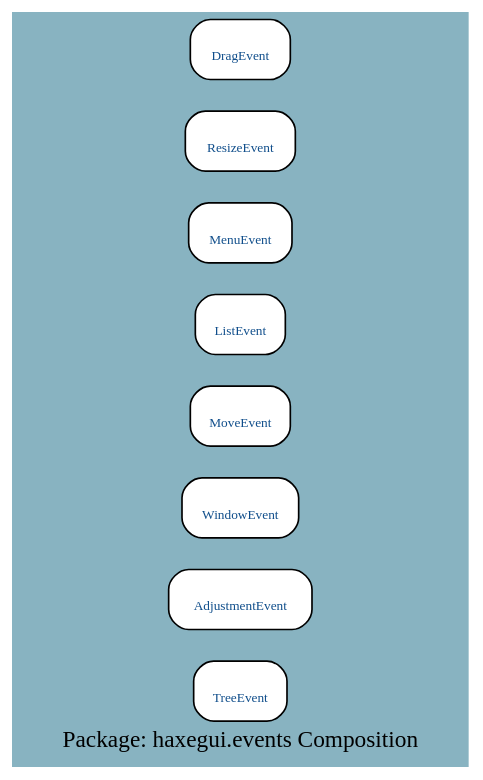
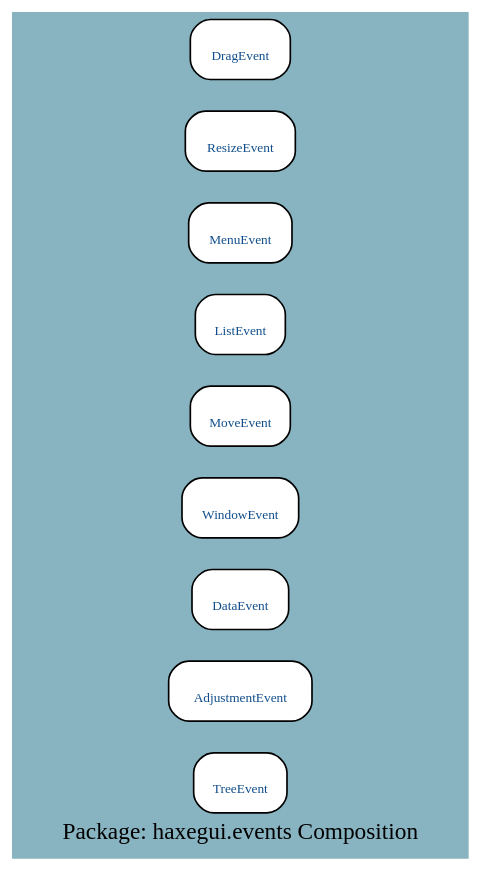
One commit to google-code-export/haxegui changed the diagram in docs/uml/haxegui.events_C.dot. Above: the diagram before and after it, drawn with Graphviz. The commit also changed 246 other files, not shown here.

```diff
--- a/docs/uml/haxegui.events_C.dot
+++ b/docs/uml/haxegui.events_C.dot
@@ -1,15 +1,16 @@
 digraph uml {
 	graph [label="Package: haxegui.events Composition", ratio=compress, rankdir=RL, smoothing=avg_dist, overlap=false, fontname="DejaVu Sans Condenesed", fontsize=14, bgcolor="#88B3C1", fontcolor=black];
 	node [label="\N", fontname="DejaVu Sans Condenesed", fontsize=8, shape=record, color=black, fontcolor=black];
 	edge [fontname="DejaVu Sans Condenesed", fontsize=8, color=black, fontcolor=black];
 	graph [lp="138,12",
-		bb="0,0,276,439"];
+		bb="0,0,276,493"];
 	"haxegui.events.TreeEvent" [label="{\nTreeEvent}", fontcolor="#104E8B", style="rounded,filled", fillcolor=white, URL="../types/haxegui/events/TreeEvent.html", tooltip="\nTreeEvent", pos="138,43", rects="110,25,167,61", width="0.78", height="0.50"];
 	"haxegui.events.AdjustmentEvent" [label="{\nAdjustmentEvent}", fontcolor="#104E8B", style="rounded,filled", fillcolor=white, URL="../types/haxegui/events/AdjustmentEvent.html", tooltip="\nAdjustmentEvent", pos="138,97", rects="95,79,182,115", width="1.19", height="0.50"];
-	"haxegui.events.WindowEvent" [label="{\nWindowEvent}", fontcolor="#104E8B", style="rounded,filled", fillcolor=white, URL="../types/haxegui/events/WindowEvent.html", tooltip="\nWindowEvent", pos="138,151", rects="103,133,174,169", width="0.97", height="0.50"];
-	"haxegui.events.MoveEvent" [label="{\nMoveEvent}", fontcolor="#104E8B", style="rounded,filled", fillcolor=white, URL="../types/haxegui/events/MoveEvent.html", tooltip="\nMoveEvent", pos="138,205", rects="108,187,169,223", width="0.83", height="0.50"];
-	"haxegui.events.ListEvent" [label="{\nListEvent}", fontcolor="#104E8B", style="rounded,filled", fillcolor=white, URL="../types/haxegui/events/ListEvent.html", tooltip="\nListEvent", pos="138,259", rects="111,241,165,277", width="0.75", height="0.50"];
-	"haxegui.events.MenuEvent" [label="{\nMenuEvent}", fontcolor="#104E8B", style="rounded,filled", fillcolor=white, URL="../types/haxegui/events/MenuEvent.html", tooltip="\nMenuEvent", pos="138,313", rects="107,295,169,331", width="0.86", height="0.50"];
-	"haxegui.events.ResizeEvent" [label="{\nResizeEvent}", fontcolor="#104E8B", style="rounded,filled", fillcolor=white, URL="../types/haxegui/events/ResizeEvent.html", tooltip="\nResizeEvent", pos="138,367", rects="105,349,171,385", width="0.92", height="0.50"];
-	"haxegui.events.DragEvent" [label="{\nDragEvent}", fontcolor="#104E8B", style="rounded,filled", fillcolor=white, URL="../types/haxegui/events/DragEvent.html", tooltip="\nDragEvent", pos="138,421", rects="108,403,168,439", width="0.83", height="0.50"];
+	"haxegui.events.DataEvent" [label="{\nDataEvent}", fontcolor="#104E8B", style="rounded,filled", fillcolor=white, URL="../types/haxegui/events/DataEvent.html", tooltip="\nDataEvent", pos="138,151", rects="109,133,168,169", width="0.81", height="0.50"];
+	"haxegui.events.WindowEvent" [label="{\nWindowEvent}", fontcolor="#104E8B", style="rounded,filled", fillcolor=white, URL="../types/haxegui/events/WindowEvent.html", tooltip="\nWindowEvent", pos="138,205", rects="103,187,174,223", width="0.97", height="0.50"];
+	"haxegui.events.MoveEvent" [label="{\nMoveEvent}", fontcolor="#104E8B", style="rounded,filled", fillcolor=white, URL="../types/haxegui/events/MoveEvent.html", tooltip="\nMoveEvent", pos="138,259", rects="108,241,169,277", width="0.83", height="0.50"];
+	"haxegui.events.ListEvent" [label="{\nListEvent}", fontcolor="#104E8B", style="rounded,filled", fillcolor=white, URL="../types/haxegui/events/ListEvent.html", tooltip="\nListEvent", pos="138,313", rects="111,295,165,331", width="0.75", height="0.50"];
+	"haxegui.events.MenuEvent" [label="{\nMenuEvent}", fontcolor="#104E8B", style="rounded,filled", fillcolor=white, URL="../types/haxegui/events/MenuEvent.html", tooltip="\nMenuEvent", pos="138,367", rects="107,349,169,385", width="0.86", height="0.50"];
+	"haxegui.events.ResizeEvent" [label="{\nResizeEvent}", fontcolor="#104E8B", style="rounded,filled", fillcolor=white, URL="../types/haxegui/events/ResizeEvent.html", tooltip="\nResizeEvent", pos="138,421", rects="105,403,171,439", width="0.92", height="0.50"];
+	"haxegui.events.DragEvent" [label="{\nDragEvent}", fontcolor="#104E8B", style="rounded,filled", fillcolor=white, URL="../types/haxegui/events/DragEvent.html", tooltip="\nDragEvent", pos="138,475", rects="108,457,168,493", width="0.83", height="0.50"];
 }
```
